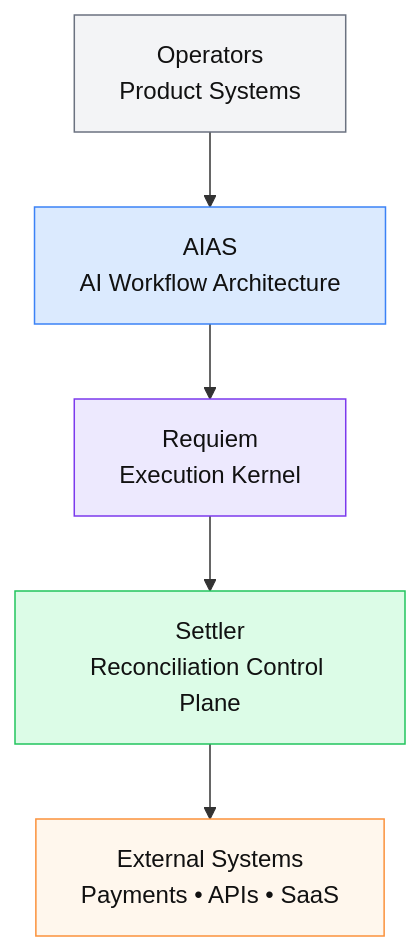
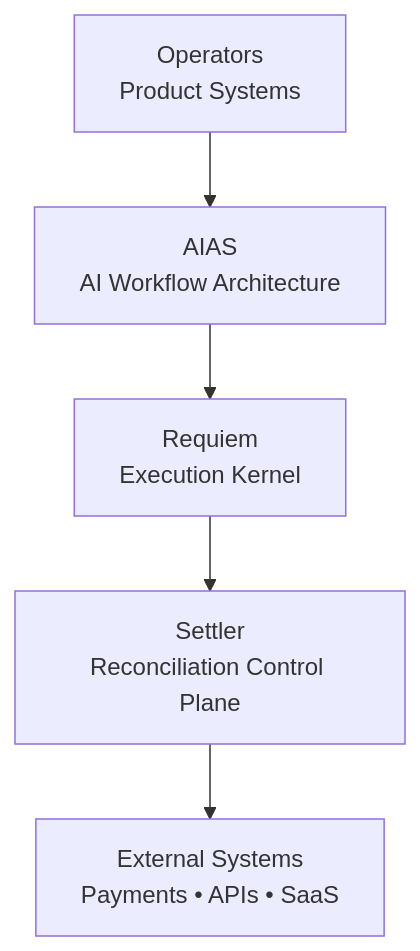
The first of 5 diagrams in README.md (Hardonian/Hardonian), drawn with Mermaid before and after one commit. The commit also changed other lines of this file, not shown here.

````diff
--- a/README.md
+++ b/README.md
@@ -84,26 +82,14 @@
 ```mermaid
 flowchart TB
-
-classDef users fill:#f3f4f6,stroke:#6b7280,color:#111
-classDef ai fill:#dbeafe,stroke:#3b82f6,color:#111
-classDef kernel fill:#ede9fe,stroke:#7c3aed,color:#111
-classDef control fill:#dcfce7,stroke:#22c55e,color:#111
-classDef external fill:#fff7ed,stroke:#fb923c,color:#111
 
 Users["Operators\nProduct Systems"]
 AIAS["AIAS\nAI Workflow Architecture"]
 Requiem["Requiem\nExecution Kernel"]
 Settler["Settler\nReconciliation Control Plane"]
 External["External Systems\nPayments • APIs • SaaS"]
 
 Users --> AIAS
 AIAS --> Requiem
 Requiem --> Settler
 Settler --> External
-
-class Users users
-class AIAS ai
-class Requiem kernel
-class Settler control
-class External external
 ```
````
